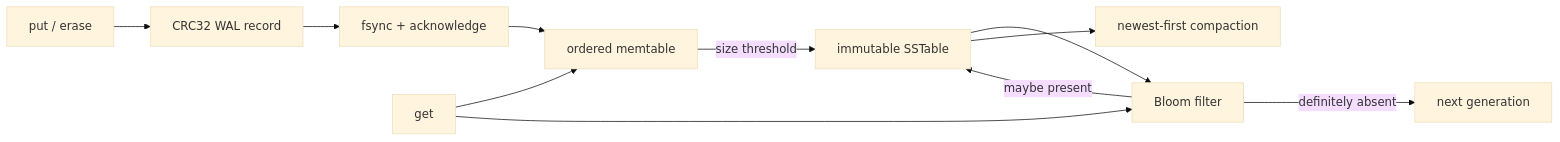
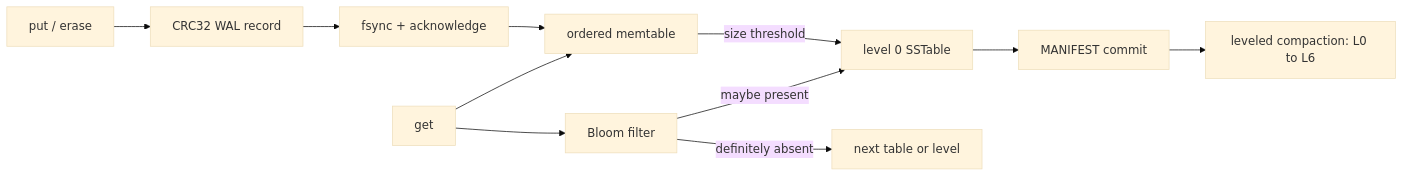
Before and after one commit to Eyeroniq/lsm-tree: the diagram in README.md, drawn with Mermaid (base theme). The commit also changed other lines of this file and 5 other files, not shown here.

First line of the commit message:
Add leveled compaction with an atomic MANIFEST

````diff
--- a/README.md
+++ b/README.md
@@ -34,13 +40,13 @@
 ```mermaid
 flowchart LR
   W["put / erase"] --> L["CRC32 WAL record"]
   L --> S["fsync + acknowledge"]
   S --> M["ordered memtable"]
-  M -->|size threshold| T["immutable SSTable"]
-  T --> B["Bloom filter"]
-  T --> C["newest-first compaction"]
+  M -->|size threshold| T["level 0 SSTable"]
+  T --> F["MANIFEST commit"]
+  F --> C["leveled compaction: L0 to L6"]
   R["get"] --> M
-  R --> B
+  R --> B["Bloom filter"]
   B -->|maybe present| T
-  B -->|definitely absent| N["next generation"]
+  B -->|definitely absent| N["next table or level"]
 ```
````
